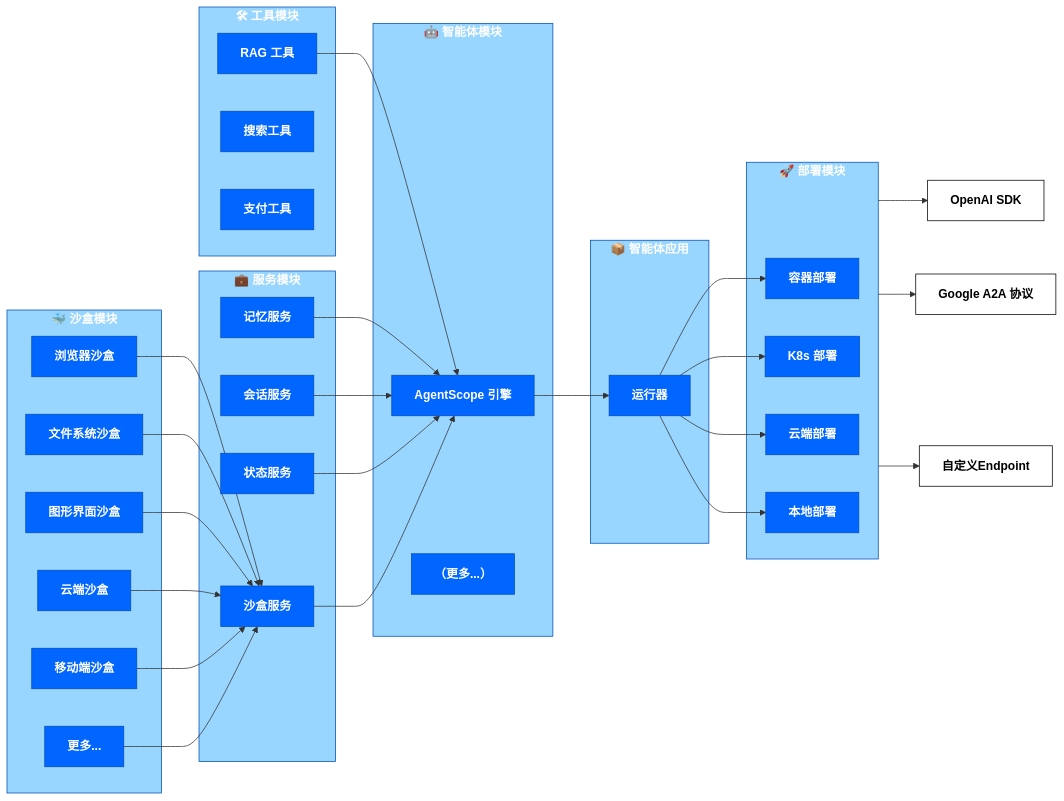
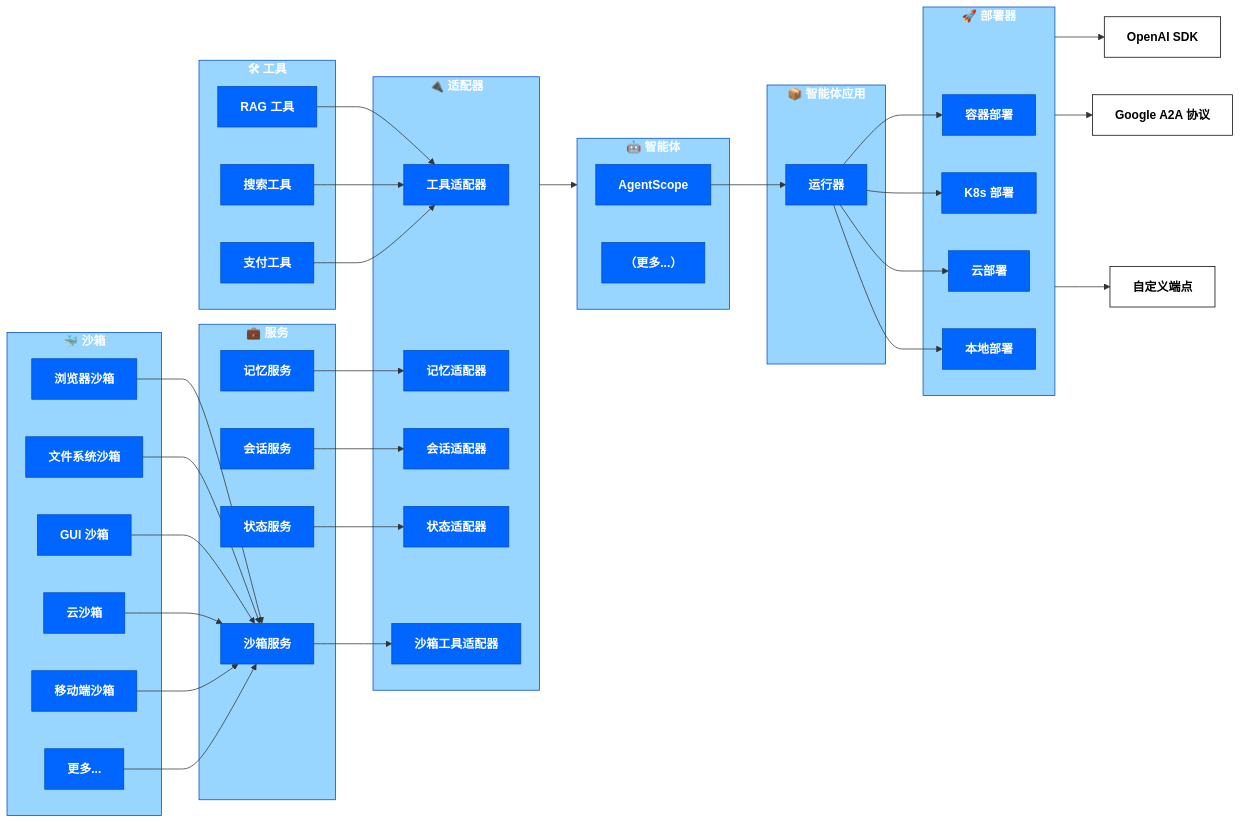
One commit to rayrayraykk/agentscope-runtime changed the diagram in cookbook/zh/concept.md. Above: the diagram before and after it, drawn with Mermaid. The commit also changed other lines of this file and 21 other files, not shown here.

````diff
--- a/cookbook/zh/concept.md
+++ b/cookbook/zh/concept.md
@@ -23,33 +23,42 @@
 ```{mermaid}
 flowchart LR
     %% 工具模块
-    subgraph Tools["🛠 工具模块"]
+    subgraph Tools["🛠 工具"]
         RT["RAG 工具"]
         ST["搜索工具"]
         PT["支付工具"]
     end
 
     %% 服务模块
-    subgraph Service["💼 服务模块"]
+    subgraph Service["💼 服务"]
         MS["记忆服务"]
         SS["会话服务"]
         STS["状态服务"]
-        SBS["沙盒服务"]
+        SBS["沙箱服务"]
     end
 
-    %% 沙盒模块
-    subgraph Sandbox["🐳 沙盒模块"]
-        BS["浏览器沙盒"]
-        FS["文件系统沙盒"]
-        GS["图形界面沙盒"]
-        CSB["云端沙盒"]
-        MSB["移动端沙盒"]
+    %% 沙箱模块
+    subgraph Sandbox["🐳 沙箱"]
+        BS["浏览器沙箱"]
+        FS["文件系统沙箱"]
+        GS["GUI 沙箱"]
+        CSB["云沙箱"]
+        MSB["移动端沙箱"]
         ETC["更多..."]
     end
 
-    %% 智能体模块
-    subgraph Agent["🤖 智能体模块"]
-        AG["AgentScope 引擎"]
+    %% 适配器模块（大块）
+    subgraph Adapter["🔌 适配器"]
+        TAD["工具适配器"]
+        MAD["记忆适配器"]
+        SAD["会话适配器"]
+        STAD["状态适配器"]
+        SBAD["沙箱工具适配器"]
+    end
+
+    %% Agent 模块（大块）
+    subgraph Agent["🤖 智能体"]
+        AG["AgentScope"]
         AG_NOTE["（更多...）"]
     end
 
@@ -59,24 +68,28 @@
     end
 
     %% 部署模块
-    subgraph Deployer["🚀 部署模块"]
+    subgraph Deployer["🚀 部署器"]
         CT["容器部署"]
         KD["K8s 部署"]
-        DP["云端部署"]
+        DP["云部署"]
         LD["本地部署"]
     end
 
     %% 外部协议
     OAI["OpenAI SDK"]:::ext
     A2A["Google A2A 协议"]:::ext
-    CUS["自定义Endpoint"]:::ext
+    CUS["自定义端点"]:::ext
 
     %% 内部连接
-    RT --> AG
-    MS --> AG
-    SS --> AG
-    STS --> AG
-    SBS --> AG
+    RT --> TAD
+    ST --> TAD
+    PT --> TAD
+
+    MS --> MAD
+    SS --> SAD
+    STS --> STAD
+    SBS --> SBAD
+
     BS --> SBS
     FS --> SBS
     GS --> SBS
@@ -84,23 +97,26 @@
     MSB --> SBS
     ETC --> SBS
 
+    %% 大块到大块的连接
+    Adapter --> Agent
+
     AG --> RA
     RA --> CT
     RA --> KD
     RA --> DP
     RA --> LD
 
-    %% 部署模块连接外部协议
+    %% 整个部署模块连接到外部协议
     Deployer --> OAI
     Deployer --> A2A
     Deployer --> CUS
 
-    %% 样式定义
+    %% 样式
     classDef small fill:#0066FF,stroke:#004CBE,color:#FFFFFF,font-weight:bold
     classDef big fill:#99D6FF,stroke:#004CBE,color:#FFFFFF,font-weight:bold
     classDef ext fill:#FFFFFF,stroke:#000000,color:#000000,font-weight:bold
 
-    class Tools,Service,Sandbox,Agent,AgentAPP,Deployer big
-    class RT,ST,PT,MS,SS,STS,SBS,BS,FS,GS,CSB,MSB,ETC,AG,AG_NOTE,RA,CT,KD,DP,LD small
+    class Tools,Service,Sandbox,Adapter,Agent,AgentAPP,Deployer big
+    class RT,ST,PT,MS,SS,STS,SBS,BS,FS,GS,CSB,MSB,ETC,TAD,MAD,SAD,STAD,SBAD,AG,AG_NOTE,RA,CT,KD,DP,LD small
 
 ```
````
